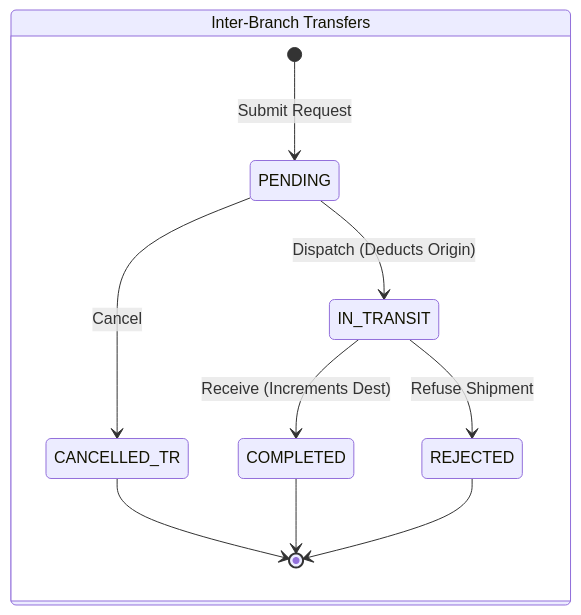
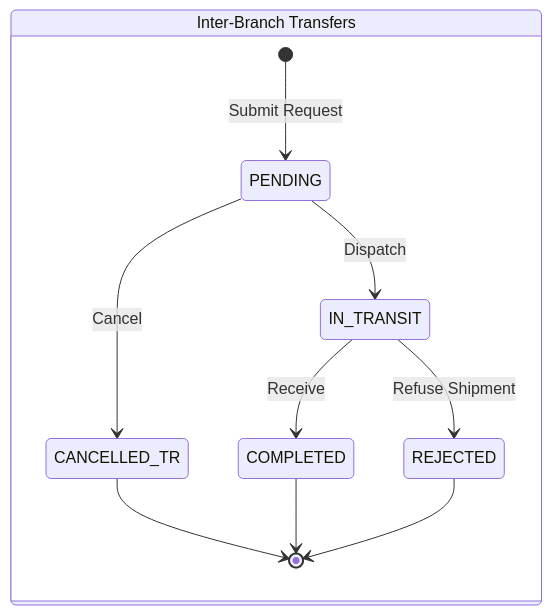
Before and after one commit to felineeee/fin-ledger-monorepo: the third of 5 diagrams in README.md, drawn with Mermaid. The commit also changed other lines of this file, not shown here.

````diff
--- a/README.md
+++ b/README.md
@@ -149,18 +188,18 @@
 ```mermaid
 stateDiagram-v2
     direction LR
 
     state "Inter-Branch Transfers" as Transfer {
         [*] --> PENDING : Submit Request
         
         PENDING --> CANCELLED_TR : Cancel
-        PENDING --> IN_TRANSIT : Dispatch (Deducts Origin)
+        PENDING --> IN_TRANSIT : Dispatch
         
-        IN_TRANSIT --> COMPLETED : Receive (Increments Dest)
+        IN_TRANSIT --> COMPLETED : Receive
         IN_TRANSIT --> REJECTED : Refuse Shipment
         
         COMPLETED --> [*]
         CANCELLED_TR --> [*]
         REJECTED --> [*]
     }
 ```
````
